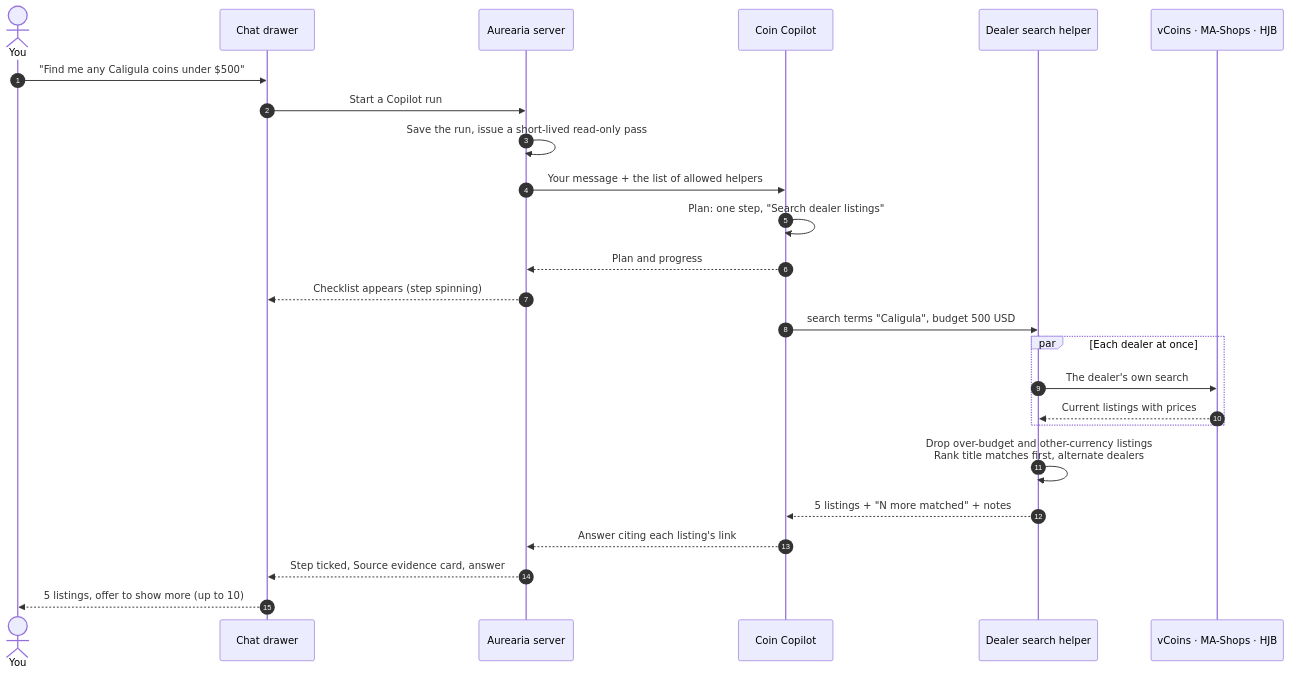
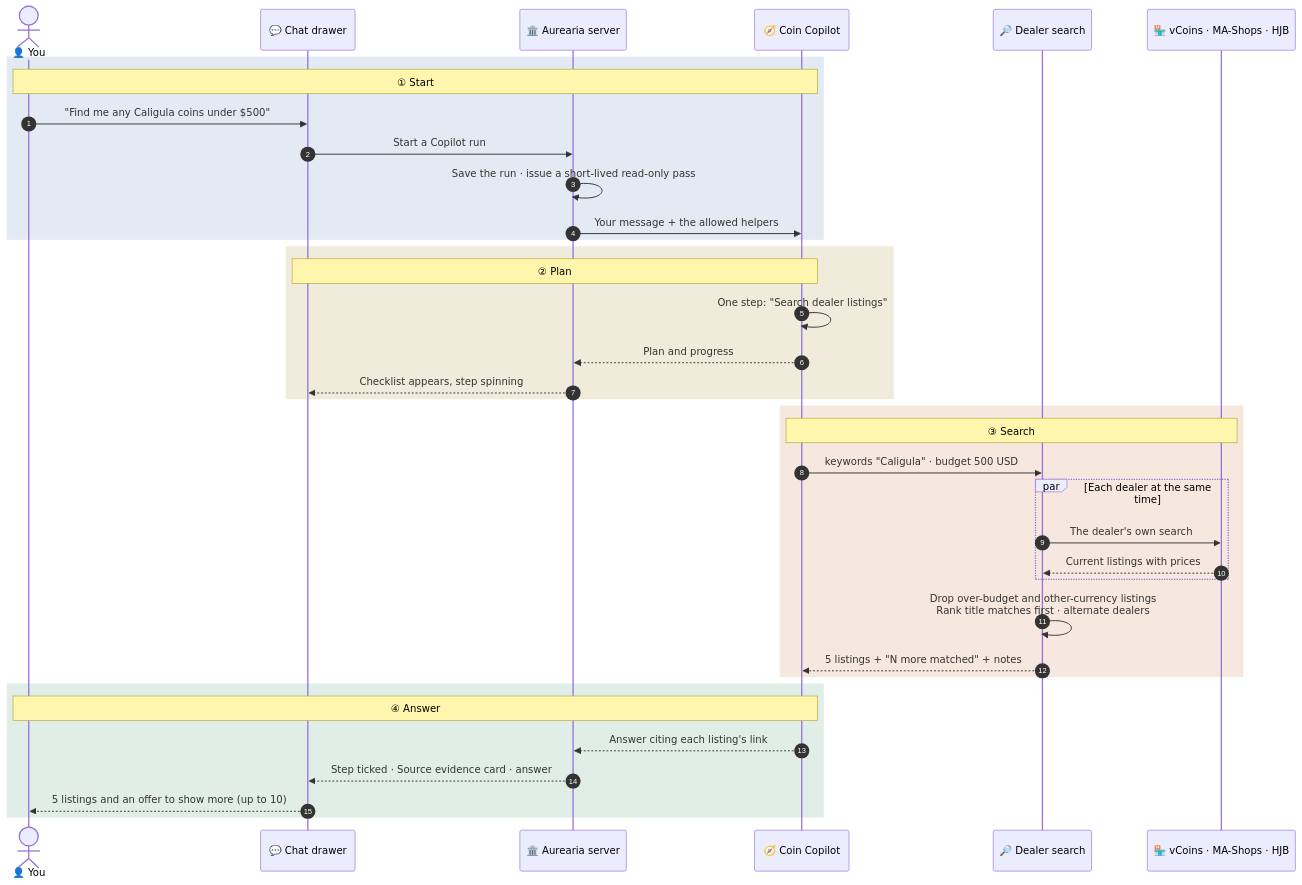
Before and after one commit to briandenicola/Aurearia: the second of 5 diagrams in docs/features/how-coin-copilot-works.md, drawn with Mermaid. The commit also changed other lines of this file, not shown here.

First line of the commit message:
docs: restyle Copilot guide diagrams for GitHub light and dark themes

````diff
--- a/docs/features/how-coin-copilot-works.md
+++ b/docs/features/how-coin-copilot-works.md
@@ -112,28 +129,43 @@
 ```mermaid
 sequenceDiagram
     autonumber
-    actor You
-    participant Chat as Chat drawer
-    participant Server as Aurearia server
-    participant Copilot as Coin Copilot
-    participant Dealer as Dealer search helper
-    participant Sites as vCoins · MA-Shops · HJB
+    actor You as 👤 You
+    participant Chat as 💬 Chat drawer
+    participant Server as 🏛️ Aurearia server
+    participant Copilot as 🧭 Coin Copilot
+    participant Dealer as 🔎 Dealer search
+    participant Sites as 🏪 vCoins · MA-Shops · HJB
 
-    You->>Chat: "Find me any Caligula coins under $500"
-    Chat->>Server: Start a Copilot run
-    Server->>Server: Save the run, issue a short-lived read-only pass
-    Server->>Copilot: Your message + the list of allowed helpers
-    Copilot->>Copilot: Plan: one step, "Search dealer listings"
-    Copilot-->>Server: Plan and progress
-    Server-->>Chat: Checklist appears (step spinning)
-    Copilot->>Dealer: search terms "Caligula", budget 500 USD
-    par Each dealer at once
-        Dealer->>Sites: The dealer's own search
-        Sites-->>Dealer: Current listings with prices
+    rect rgba(59,110,168,0.14)
+        Note over You,Copilot: ① Start
+        You->>Chat: "Find me any Caligula coins under $500"
+        Chat->>Server: Start a Copilot run
+        Server->>Server: Save the run · issue a short-lived read-only pass
+        Server->>Copilot: Your message + the allowed helpers
     end
-    Dealer->>Dealer: Drop over-budget and other-currency listings<br/>Rank title matches first, alternate dealers
-    Dealer-->>Copilot: 5 listings + "N more matched" + notes
-    Copilot-->>Server: Answer citing each listing's link
-    Server-->>Chat: Step ticked, Source evidence card, answer
-    Chat-->>You: 5 listings, offer to show more (up to 10)
+
+    rect rgba(154,114,0,0.14)
+        Note over Chat,Copilot: ② Plan
+        Copilot->>Copilot: One step: "Search dealer listings"
+        Copilot-->>Server: Plan and progress
+        Server-->>Chat: Checklist appears, step spinning
+    end
+
+    rect rgba(192,86,33,0.14)
+        Note over Copilot,Sites: ③ Search
+        Copilot->>Dealer: keywords "Caligula" · budget 500 USD
+        par Each dealer at the same time
+            Dealer->>Sites: The dealer's own search
+            Sites-->>Dealer: Current listings with prices
+        end
+        Dealer->>Dealer: Drop over-budget and other-currency listings<br/>Rank title matches first · alternate dealers
+        Dealer-->>Copilot: 5 listings + "N more matched" + notes
+    end
+
+    rect rgba(47,133,90,0.14)
+        Note over You,Copilot: ④ Answer
+        Copilot-->>Server: Answer citing each listing's link
+        Server-->>Chat: Step ticked · Source evidence card · answer
+        Chat-->>You: 5 listings and an offer to show more (up to 10)
+    end
 ```
````
